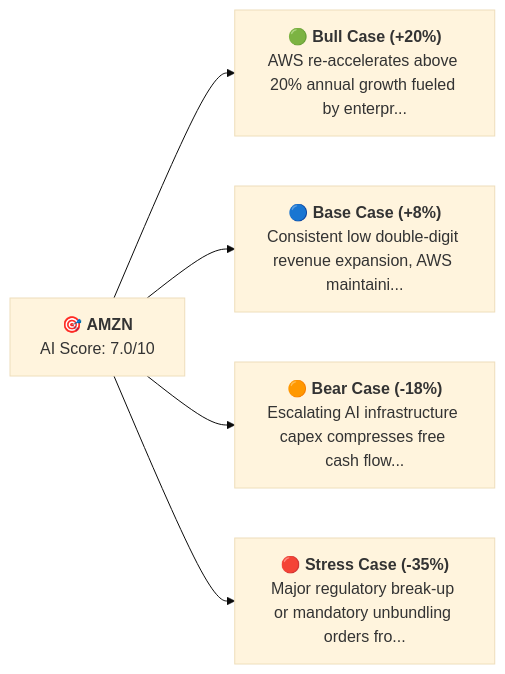
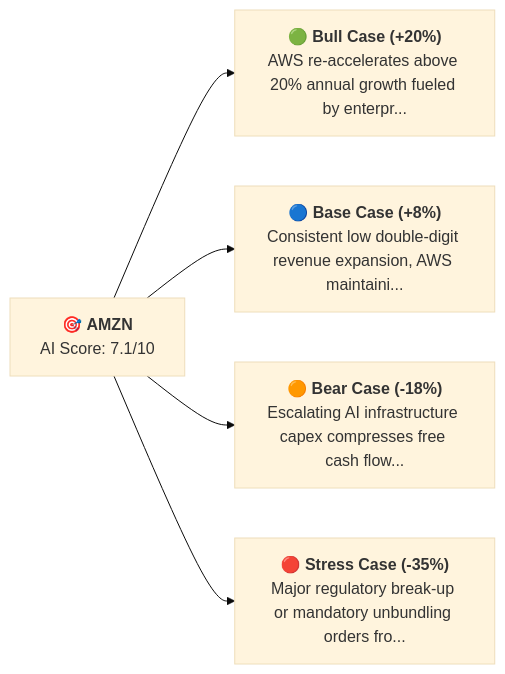
Before and after one commit to drmohammadzadeh/StockMarketAnalyzer: the first of 2 diagrams in research/AMZN/README.md, drawn with Mermaid (base theme). The commit also changed other lines of this file and 29 other files, not shown here.

Commit message:
feat: complete visual chart suite generation for AMZN and AAPL

````diff
--- a/research/AMZN/README.md
+++ b/research/AMZN/README.md
@@ -79,7 +99,7 @@
 ```mermaid
 graph LR
-    A["🎯 <b>AMZN</b><br/>AI Score: 7.0/10"] --> B["🟢 <b>Bull Case (+20%)</b><br/>AWS re-accelerates above 20% annual growth fueled by enterpr..."]
+    A["🎯 <b>AMZN</b><br/>AI Score: 7.1/10"] --> B["🟢 <b>Bull Case (+20%)</b><br/>AWS re-accelerates above 20% annual growth fueled by enterpr..."]
     A --> C["🔵 <b>Base Case (+8%)</b><br/>Consistent low double-digit revenue expansion, AWS maintaini..."]
     A --> D["🟠 <b>Bear Case (-18%)</b><br/>Escalating AI infrastructure capex compresses free cash flow..."]
     A --> E["🔴 <b>Stress Case (-35%)</b><br/>Major regulatory break-up or mandatory unbundling orders fro..."]
 ```
````
